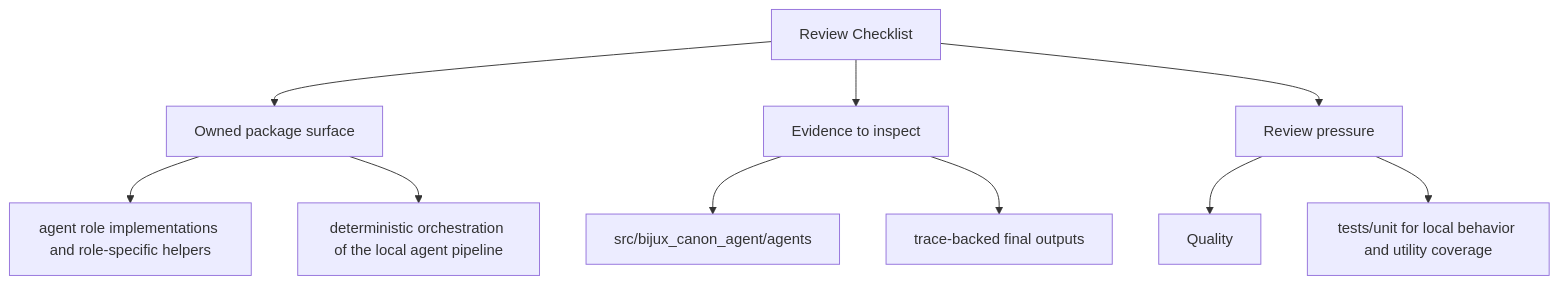
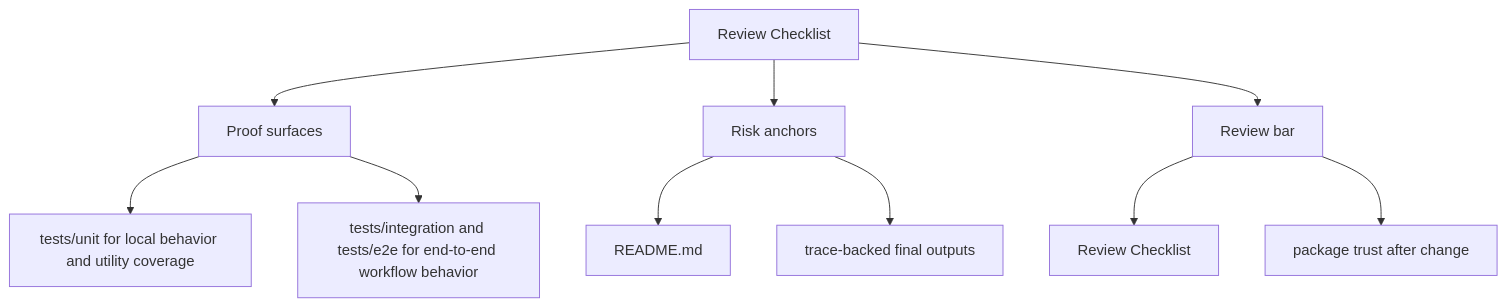
One commit to bijux/bijux-canon changed the second of 2 diagrams in docs/bijux-canon-agent/quality/review-checklist.md. Above: the diagram before and after it, drawn with Mermaid. The commit also changed other lines of this file and 250 other files, not shown here.

Commit message:
docs(diagrams): make product page maps more readable

````diff
--- a/docs/bijux-canon-agent/quality/review-checklist.md
+++ b/docs/bijux-canon-agent/quality/review-checklist.md
@@ -34,22 +34,22 @@
 ```mermaid
 flowchart TD
     page["Review Checklist"]
-    focus1["Owned package surface"]
+    focus1["Proof surfaces"]
     page --> focus1
-    focus1_1["agent role implementations and role-specific helpers"]
+    focus1_1["tests/unit for local behavior and utility coverage"]
     focus1 --> focus1_1
-    focus1_2["deterministic orchestration of the local agent pipeline"]
+    focus1_2["tests/integration and tests/e2e for end-to-end workflow behavior"]
     focus1 --> focus1_2
-    focus2["Evidence to inspect"]
+    focus2["Risk anchors"]
     page --> focus2
-    focus2_1["src/bijux_canon_agent/agents"]
+    focus2_1["README.md"]
     focus2 --> focus2_1
     focus2_2["trace-backed final outputs"]
     focus2 --> focus2_2
-    focus3["Review pressure"]
+    focus3["Review bar"]
     page --> focus3
-    focus3_1["Quality"]
+    focus3_1["Review Checklist"]
     focus3 --> focus3_1
-    focus3_2["tests/unit for local behavior and utility coverage"]
+    focus3_2["package trust after change"]
     focus3 --> focus3_2
 ```
````
